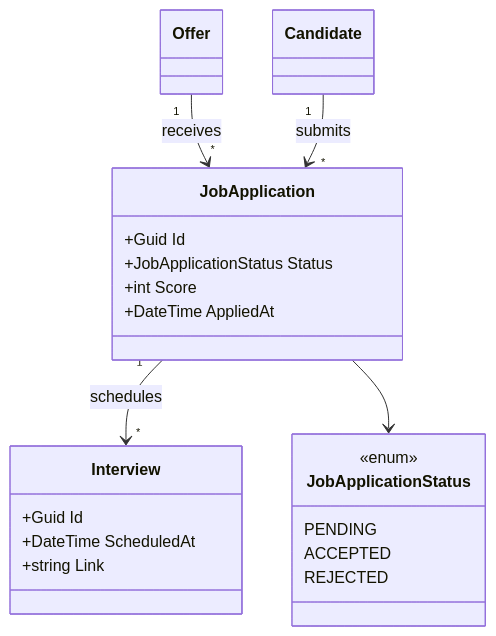
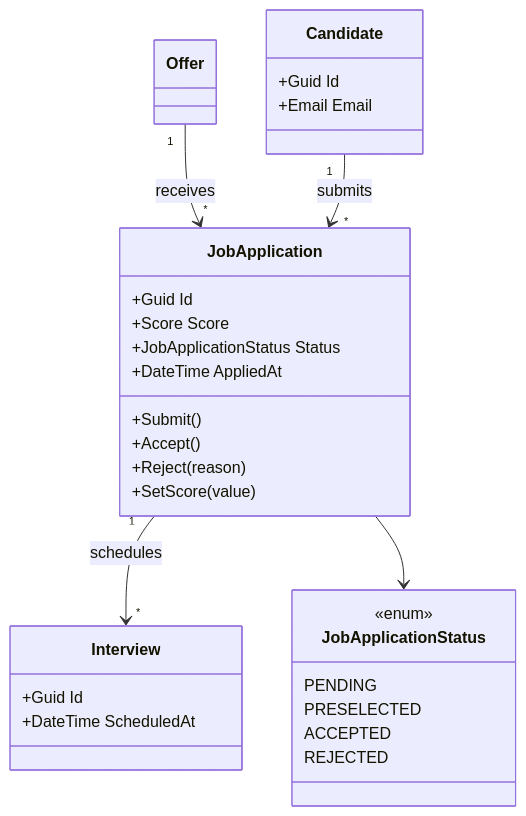
One commit to abdel-rahmane-anp/recruitpro-clean-architecture changed the second of 2 diagrams in README.md. Above: the diagram before and after it, drawn with Mermaid. The commit also changed other lines of this file and 1 other file, not shown here.

````diff
--- a/README.md
+++ b/README.md
@@ -49,27 +50,34 @@
 ```mermaid
 classDiagram
     class Offer
-    class Candidate
+    class Candidate {
+        +Guid Id
+        +Email Email
+    }
     class JobApplication {
         +Guid Id
+        +Score Score
         +JobApplicationStatus Status
-        +int Score
         +DateTime AppliedAt
+        +Submit()
+        +Accept()
+        +Reject(reason)
+        +SetScore(value)
     }
     class Interview {
         +Guid Id
         +DateTime ScheduledAt
-        +string Link
     }
     class JobApplicationStatus {
         <<enum>>
         PENDING
+        PRESELECTED
         ACCEPTED
         REJECTED
     }
 
     Offer "1" --> "*" JobApplication : receives
     Candidate "1" --> "*" JobApplication : submits
     JobApplication "1" --> "*" Interview : schedules
     JobApplication --> JobApplicationStatus
 ```
````
